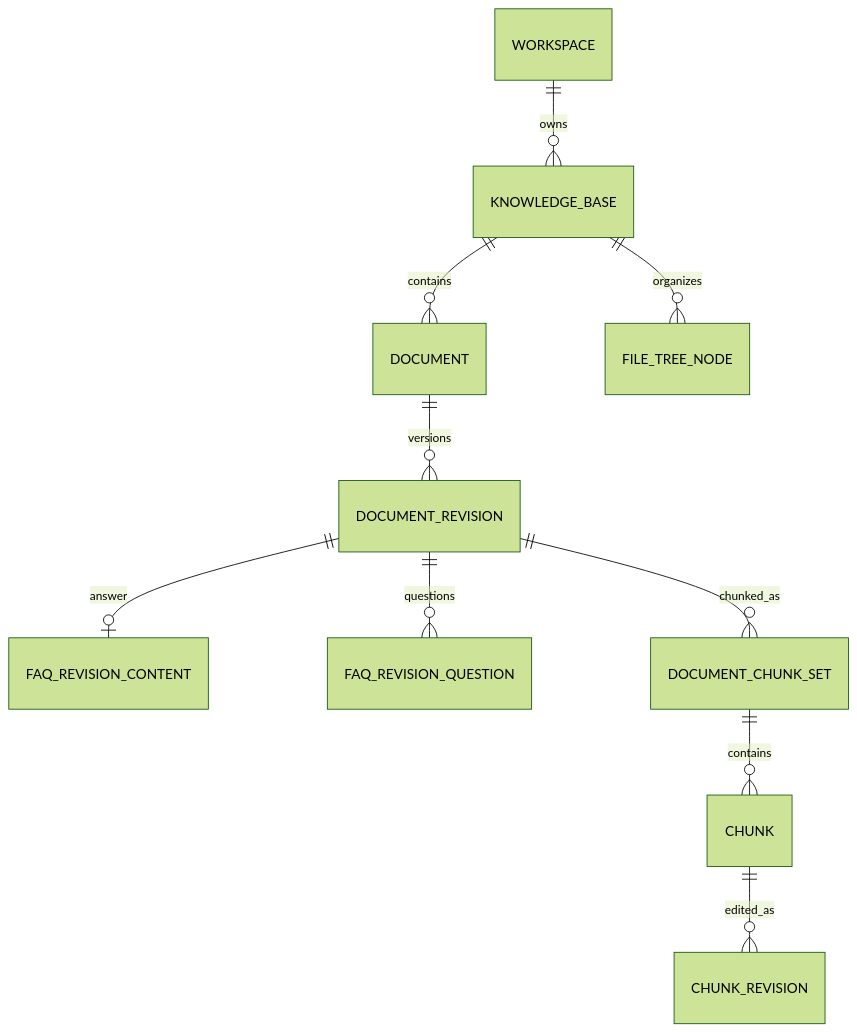
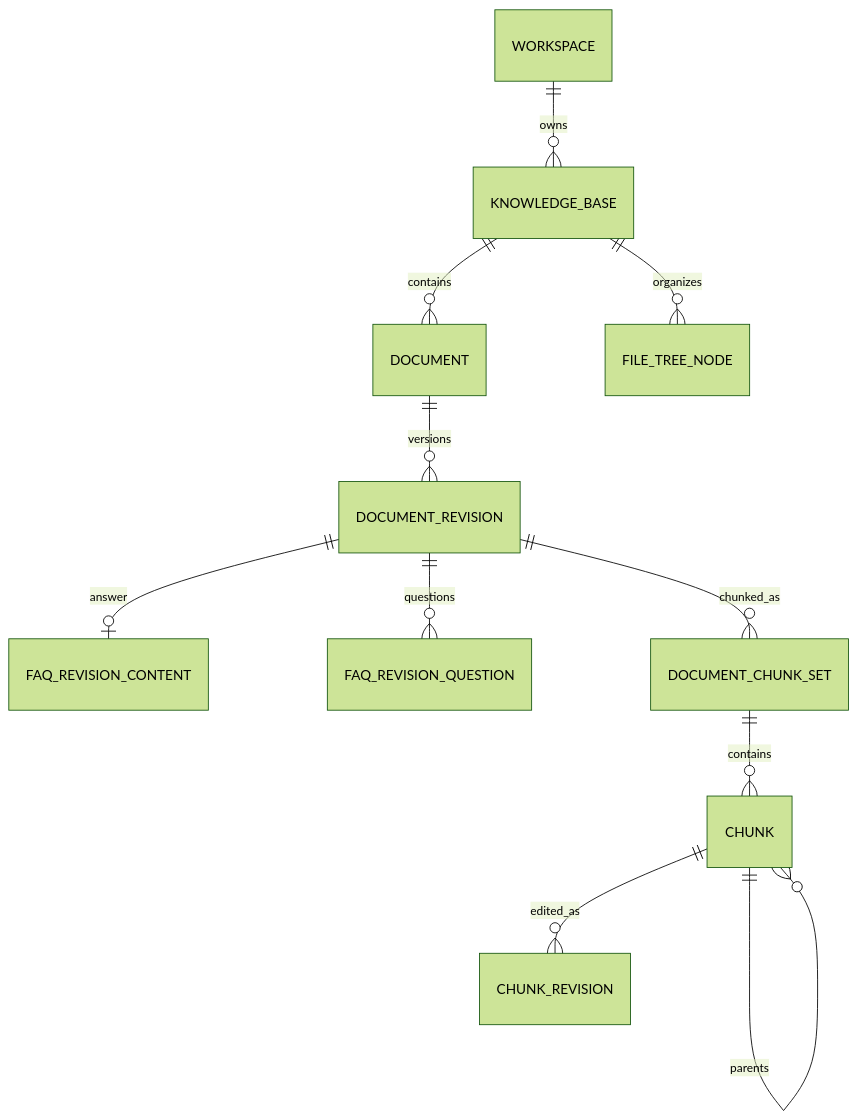
One commit to amoydavid/langhuan changed the third of 6 diagrams in docs/ARCHITECTURE.md. Above: the diagram before and after it, drawn with Mermaid (forest theme). The commit also changed other lines of this file and 3 other files, not shown here.

````diff
--- a/docs/ARCHITECTURE.md
+++ b/docs/ARCHITECTURE.md
@@ -69,12 +69,13 @@
 ```mermaid
 erDiagram
     WORKSPACE ||--o{ KNOWLEDGE_BASE : owns
     KNOWLEDGE_BASE ||--o{ DOCUMENT : contains
     KNOWLEDGE_BASE ||--o{ FILE_TREE_NODE : organizes
     DOCUMENT ||--o{ DOCUMENT_REVISION : versions
     DOCUMENT_REVISION ||--o| FAQ_REVISION_CONTENT : answer
     DOCUMENT_REVISION ||--o{ FAQ_REVISION_QUESTION : questions
     DOCUMENT_REVISION ||--o{ DOCUMENT_CHUNK_SET : chunked_as
     DOCUMENT_CHUNK_SET ||--o{ CHUNK : contains
+    CHUNK ||--o{ CHUNK : parents
     CHUNK ||--o{ CHUNK_REVISION : edited_as
 ```
````
